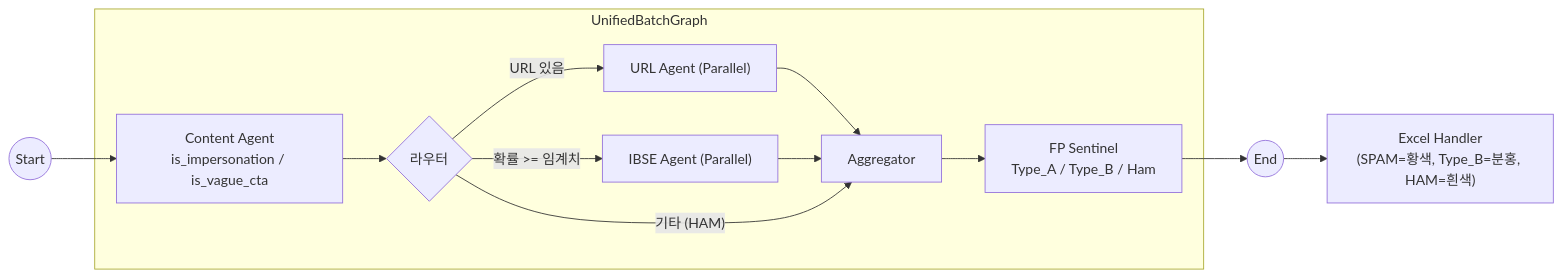
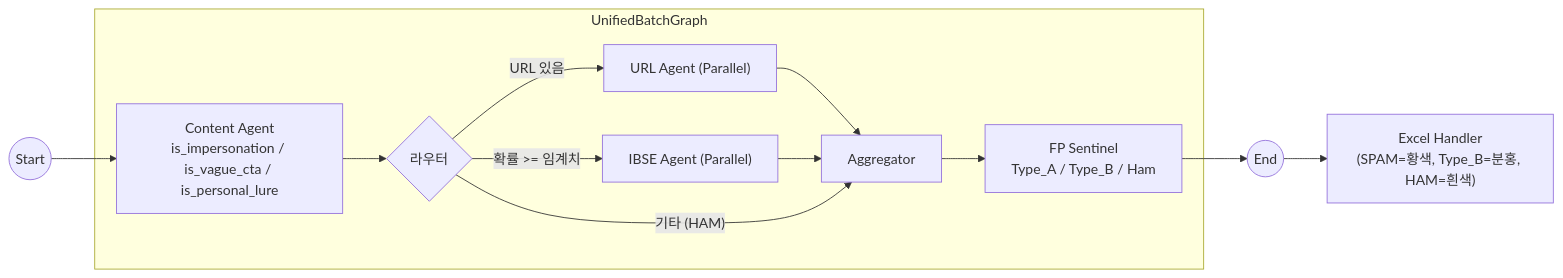
One commit to jay365-code/spam-detector changed the second of 2 diagrams in docs/README.md. Above: the diagram before and after it, drawn with Mermaid. The commit also changed other lines of this file and 242 other files, not shown here.

````diff
--- a/docs/README.md
+++ b/docs/README.md
@@ -119,26 +120,26 @@
 ```mermaid
 graph LR
-    Start((Start)) --> Content["Content Agent<br/>is_impersonation / is_vague_cta"]
+    Start((Start)) --> Content["Content Agent<br/>is_impersonation / is_vague_cta / is_personal_lure"]
 
     subgraph UnifiedBatchGraph
         Content --> Router{라우터}
         
         %% URL 분기
         Router -- "URL 있음" --> URL["URL Agent (Parallel)"]
         
         %% IBSE 분기
         Router -- "확률 >= 임계치" --> IBSE["IBSE Agent (Parallel)"]
         
         %% 결과 대기 및 통합
         URL --> Aggregator[Aggregator]
         IBSE --> Aggregator
         
         %% 아무 조건도 안 맞으면 (URL 없음 & HAM) 바로 이동
         Router -- "기타 (HAM)" --> Aggregator
         
         Aggregator --> FPS["FP Sentinel<br/>Type_A / Type_B / Ham"]
     end
 
     FPS --> End((End))
     End --> Excel["Excel Handler<br/>(SPAM=황색, Type_B=분홍, HAM=흰색)"]
 ```
````
